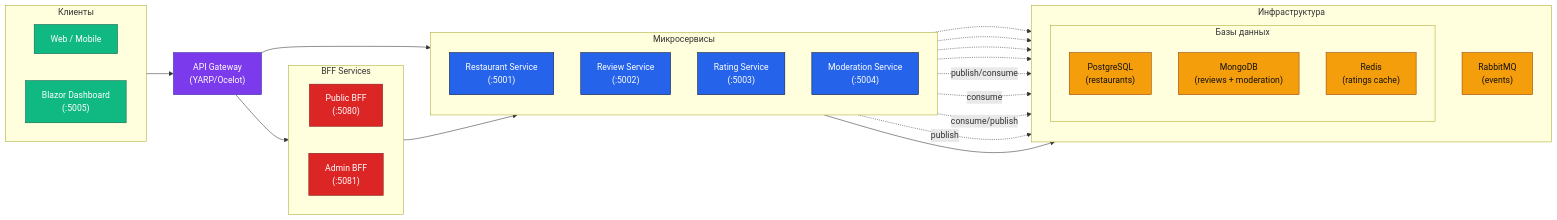
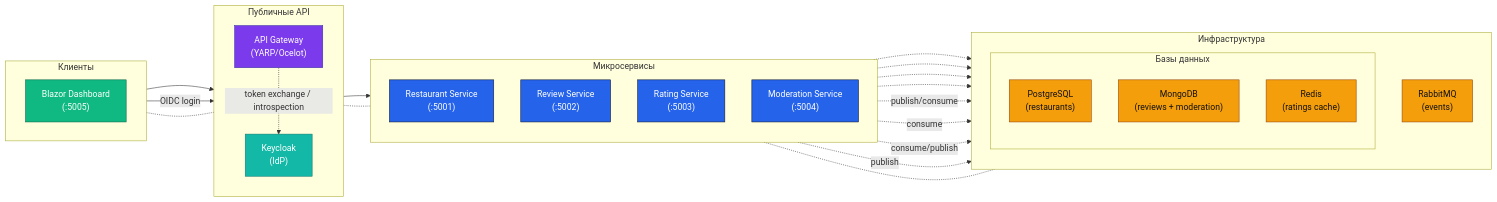
One commit to bagermoon/otuscode changed the first of 5 diagrams in docs/diagrams.md. Above: the diagram before and after it, drawn with Mermaid. The commit also changed other lines of this file and 95 other files, not shown here.

````diff
--- a/docs/diagrams.md
+++ b/docs/diagrams.md
@@ -5,72 +5,72 @@
     ```mermaid
     flowchart LR
     %% Client Layer - Left
     subgraph ClientSide[Клиенты]
         direction LR
-        W[Web / Mobile]
         BZ["`Blazor Dashboard<br/>(:5005)`"]
     end
 
-    %% Gateway Layer - Left-Center
-    GW["`API Gateway<br/>(YARP/Ocelot)`"]
-
-    %% BFF Layer - Center
-    subgraph BFFLayer[BFF Services]
-        direction LR
-        PBFF["`Public BFF<br/>(:5080)`"]
-        ABFF["`Admin BFF<br/>(:5081)`"]
+    %% PublicAPI Layer - Left-Center (public)
+    subgraph PublicAPI[Публичные API]
+        direction TB
+        KC["`Keycloak<br/>(IdP)`"]
+        GW["`API Gateway<br/>(YARP/Ocelot)`"]
+        
     end
 
     %% Service Layer - Center-Right
     subgraph Services[Микросервисы]
         direction TB
         RSVC["`Restaurant Service<br/>(:5001)`"]
         RS["`Review Service<br/>(:5002)`"]
         RT["`Rating Service<br/>(:5003)`"]
         MS["`Moderation Service<br/>(:5004)`"]
     end
 
     %% Infrastructure Layer - Right
     subgraph Infra["`Инфраструктура`"]
         direction TB
         subgraph DBs[Базы данных]
             direction TB
             PG["`PostgreSQL<br/>(restaurants)`"]
             MG["`MongoDB<br/>(reviews + moderation)`"]
             RD["`Redis<br/>(ratings cache)`"]
         end
         MQ["`RabbitMQ<br/>(events)`"]
     end
 
     %% Horizontal main flow (left to right)
     ClientSide --> GW
-    GW --> BFFLayer
+    ClientSide -->|OIDC login| KC
+    GW -.->|token exchange / introspection| KC
     GW --> Services
-    BFFLayer --> Services
-    Services --> Infra
+    
+    ClientSide -.- PublicAPI
+    PublicAPI -.- Services
+    Services -.- Infra
 
     %% Direct service-to-storage connections
     RSVC -.-> PG
     RS -.-> MG
     MS -.-> MG
     RT -.-> RD
 
     %% Event connections to message queue
     RS -.->|publish/consume| MQ
     RT -.->|consume| MQ
     MS -.->|consume/publish| MQ
     RSVC -.->|publish| MQ
 
     %% Styling
     classDef svc fill:#2563eb,stroke:#0f172a,color:#fff
     classDef store fill:#f59e0b,stroke:#92400e,color:#111
     classDef client fill:#10b981,stroke:#065f46,color:#fff
     classDef gateway fill:#7c3aed,stroke:#3730a3,color:#fff
-    classDef bff fill:#dc2626,stroke:#7f1d1d,color:#fff
+    classDef idp fill:#14b8a6,stroke:#0f766e,color:#fff
     
     class RSVC,RS,RT,MS svc
     class PG,MG,RD,MQ store
-    class W,BZ client
+    class BZ client
     class GW gateway
-    class PBFF,ABFF bff
+    class KC idp
     ```
````
